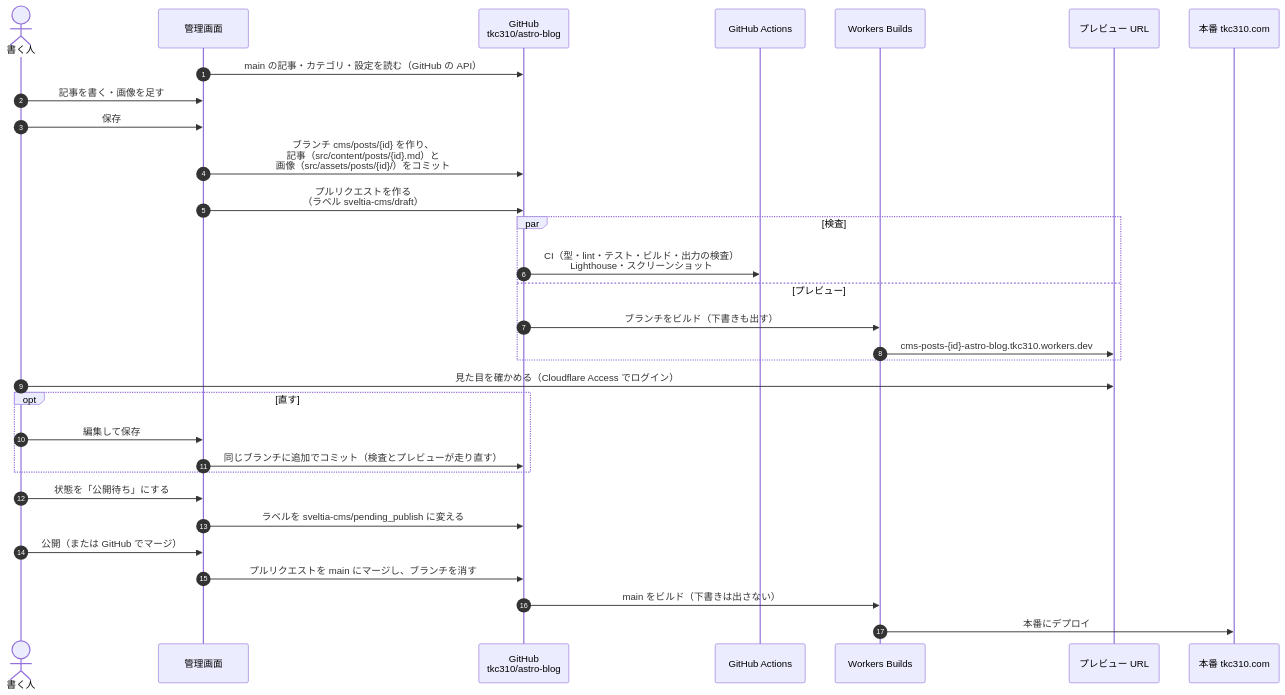
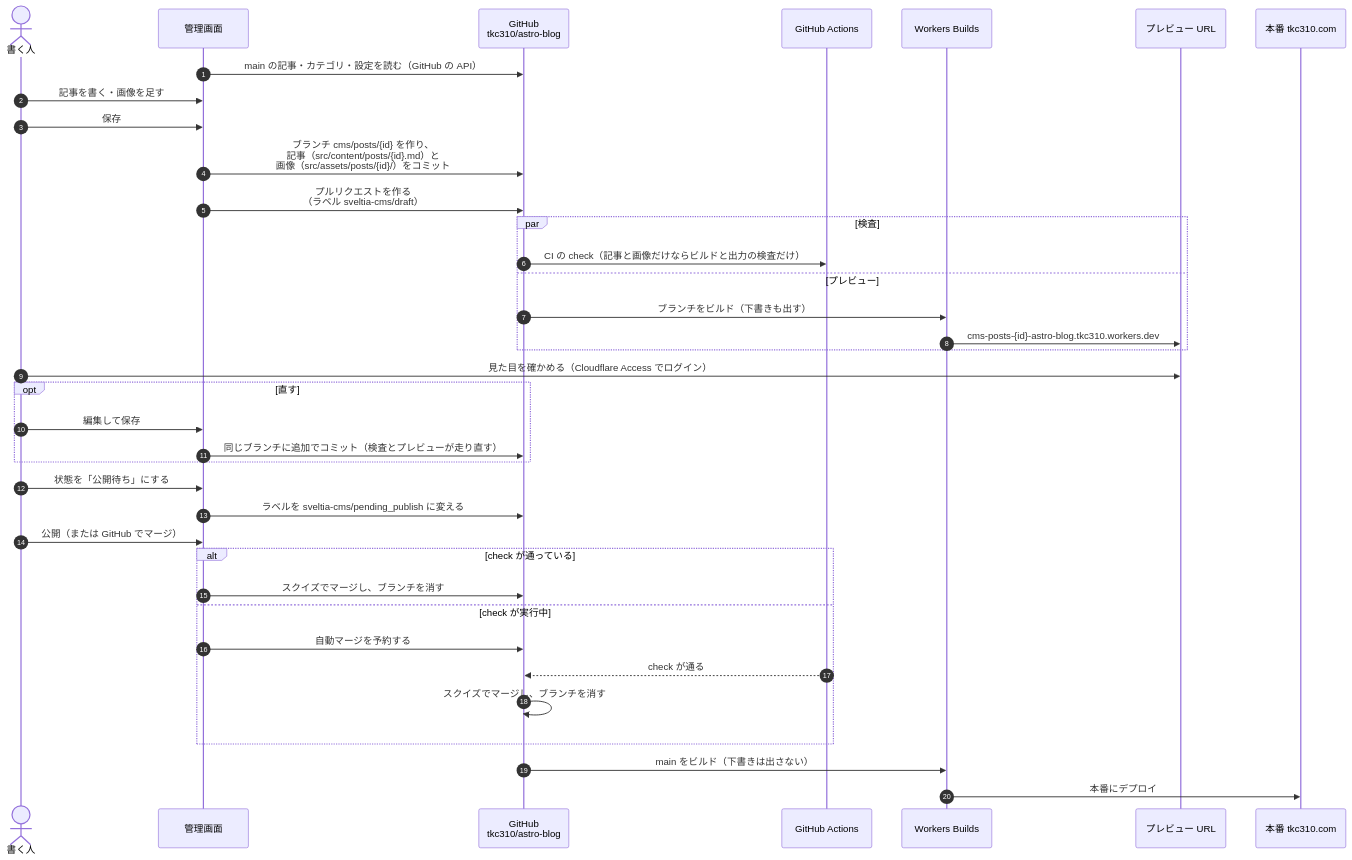
The second of 2 diagrams in docs/cms.md (tkc310/astro-blog), drawn with Mermaid before and after one commit. The commit also changed other lines of this file and 10 other files, not shown here.

````diff
--- a/docs/cms.md
+++ b/docs/cms.md
@@ -51,34 +51,40 @@
 ```mermaid
 sequenceDiagram
     autonumber
     actor U as 書く人
     participant CMS as 管理画面
     participant GH as GitHub<br/>tkc310/astro-blog
     participant CI as GitHub Actions
     participant WB as Workers Builds
     participant P as プレビュー URL
     participant S as 本番 tkc310.com
 
     CMS->>GH: main の記事・カテゴリ・設定を読む（GitHub の API）
     U->>CMS: 記事を書く・画像を足す
     U->>CMS: 保存
     CMS->>GH: ブランチ cms/posts/{id} を作り、<br/>記事（src/content/posts/{id}.md）と<br/>画像（src/assets/posts/{id}/）をコミット
     CMS->>GH: プルリクエストを作る<br/>（ラベル sveltia-cms/draft）
     par 検査
-        GH->>CI: CI（型・lint・テスト・ビルド・出力の検査）<br/>Lighthouse・スクリーンショット
+        GH->>CI: CI の check（記事と画像だけならビルドと出力の検査だけ）
     and プレビュー
         GH->>WB: ブランチをビルド（下書きも出す）
         WB->>P: cms-posts-{id}-astro-blog.tkc310.workers.dev
     end
     U->>P: 見た目を確かめる（Cloudflare Access でログイン）
     opt 直す
         U->>CMS: 編集して保存
         CMS->>GH: 同じブランチに追加でコミット（検査とプレビューが走り直す）
     end
     U->>CMS: 状態を「公開待ち」にする
     CMS->>GH: ラベルを sveltia-cms/pending_publish に変える
     U->>CMS: 公開（または GitHub でマージ）
-    CMS->>GH: プルリクエストを main にマージし、ブランチを消す
+    alt check が通っている
+        CMS->>GH: スクイズでマージし、ブランチを消す
+    else check が実行中
+        CMS->>GH: 自動マージを予約する
+        CI-->>GH: check が通る
+        GH->>GH: スクイズでマージし、ブランチを消す
+    end
     GH->>WB: main をビルド（下書きは出さない）
     WB->>S: 本番にデプロイ
 ```
````
